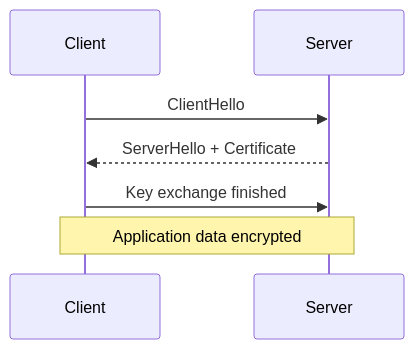
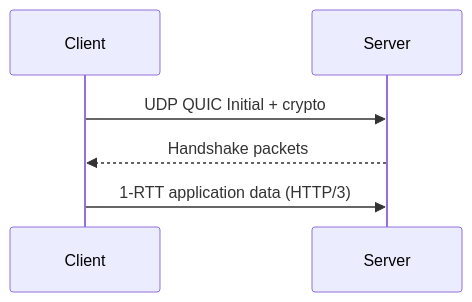
Before and after one commit to omnayak27199/pktana: diagram 20 of 36 in learning/11-protocols-reference.md, drawn with Mermaid. The commit also changed other lines of this file and 14 other files, not shown here.

````diff
--- a/learning/11-protocols-reference.md
+++ b/learning/11-protocols-reference.md
@@ -301,9 +1253,8 @@
 ```mermaid
 sequenceDiagram
   participant C as Client
   participant S as Server
-  C->>S: ClientHello
-  S-->>C: ServerHello + Certificate
-  C->>S: Key exchange finished
-  Note over C,S: Application data encrypted
+  C->>S: UDP QUIC Initial + crypto
+  S-->>C: Handshake packets
+  C->>S: 1-RTT application data (HTTP/3)
 ```
````
